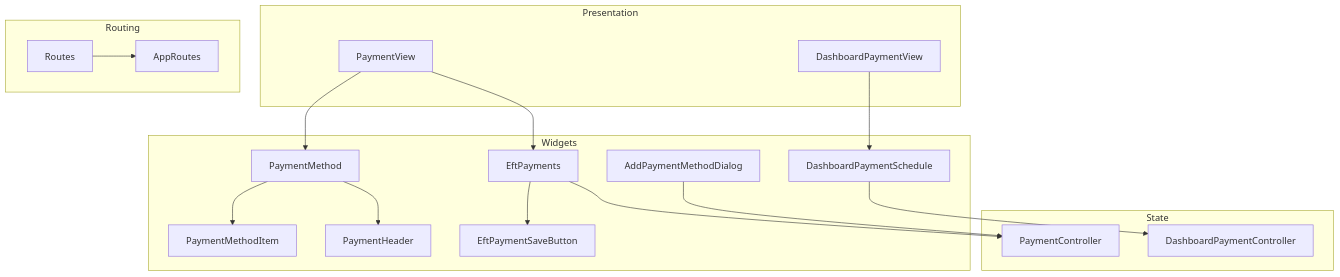
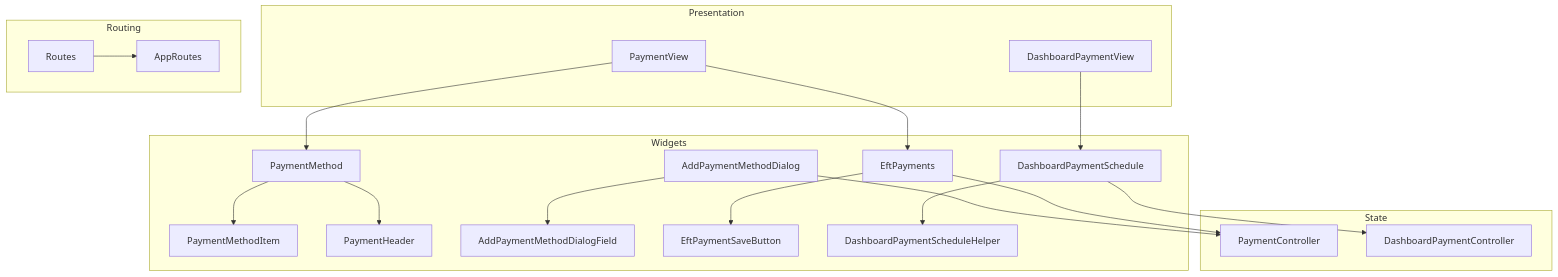
One commit to Ariful3111/FurniGo changed the second of 8 diagrams in .qoder/repowiki/en/content/Core Features/E-commerce Platform/Payment Processing System.md. Above: the diagram before and after it, drawn with Mermaid. The commit also changed other lines of this file and 10 other files, not shown here.

````diff
--- a/.qoder/repowiki/en/content/Core Features/E-commerce Platform/Payment Processing System.md
+++ b/.qoder/repowiki/en/content/Core Features/E-commerce Platform/Payment Processing System.md
@@ -162,34 +185,38 @@
 ```mermaid
 graph TB
 subgraph "Presentation"
 PV["PaymentView"]
 DPV["DashboardPaymentView"]
 end
 subgraph "State"
 PC["PaymentController"]
 DPC["DashboardPaymentController"]
 end
 subgraph "Widgets"
 PM["PaymentMethod"]
 EFT["EftPayments"]
 PMI["PaymentMethodItem"]
 PH["PaymentHeader"]
 APMD["AddPaymentMethodDialog"]
+APDMF["AddPaymentMethodDialogField"]
 EPSB["EftPaymentSaveButton"]
 DPS["DashboardPaymentSchedule"]
+DPSH["DashboardPaymentScheduleHelper"]
 end
 subgraph "Routing"
 RT["Routes"]
 AR["AppRoutes"]
 end
 PV --> PM
 PV --> EFT
 PM --> PMI
 PM --> PH
 EFT --> EPSB
+APMD --> APDMF
 APMD --> PC
 EFT --> PC
 DPV --> DPS
+DPS --> DPSH
 DPS --> DPC
 RT --> AR
 ```
````
